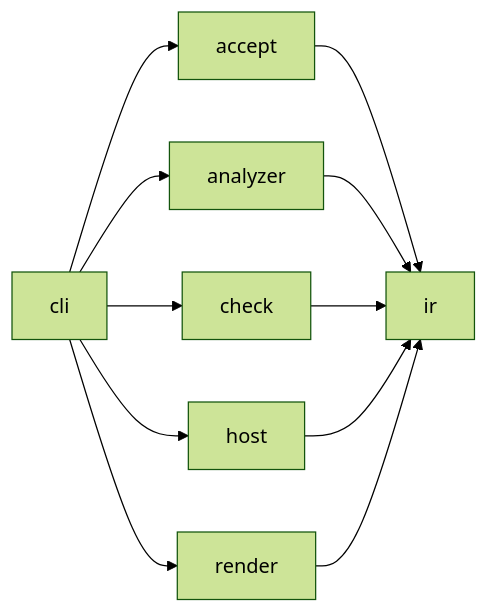
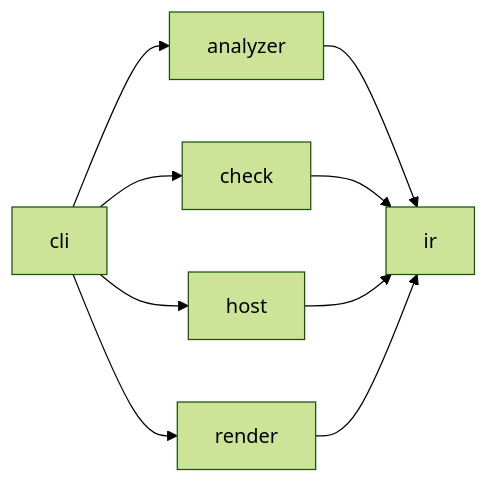
One commit to rapiddweller/archkeel changed the diagram in docs/architecture/archkeel.md. Above: the diagram before and after it, drawn with Mermaid (forest theme). The commit also changed other lines of this file and 10 other files, not shown here.

````diff
--- a/docs/architecture/archkeel.md
+++ b/docs/architecture/archkeel.md
@@ -259,13 +257,11 @@
 ```mermaid
 flowchart LR
-    cli --> accept
     cli --> analyzer
     cli --> check
     cli --> host
     cli --> render
-    accept --> ir
     analyzer --> ir
     check --> ir
     host --> ir
     render --> ir
 ```
````
